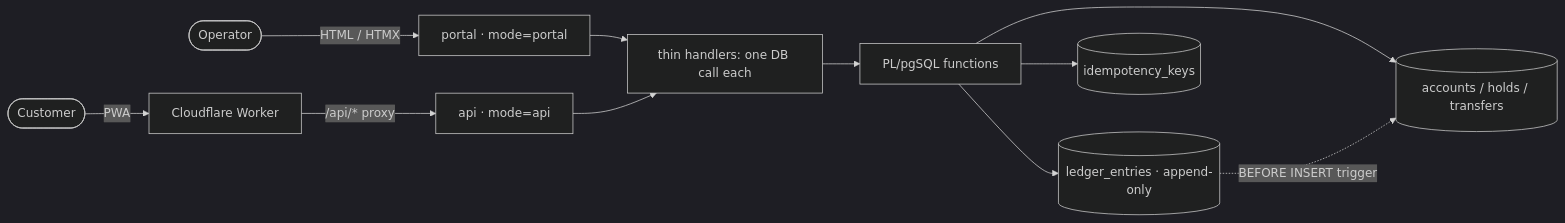
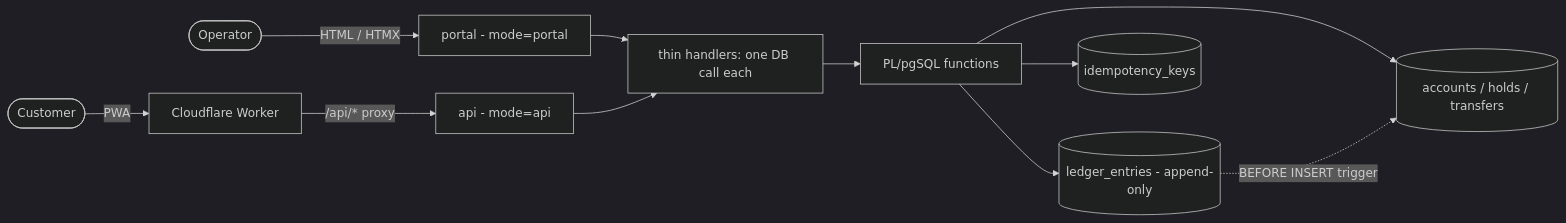
One commit to minhtt159/bank0 changed the first of 2 diagrams in docs/01-overview.md. Above: the diagram before and after it, drawn with Mermaid (dark theme). The commit also changed other lines of this file and 33 other files, not shown here.

````diff
--- a/docs/01-overview.md
+++ b/docs/01-overview.md
@@ -59,13 +78,13 @@
 ```mermaid
 graph LR
-    Op([Operator]) -->|HTML / HTMX| Portal[portal · mode=portal]
+    Op([Operator]) -->|HTML / HTMX| Portal[portal - mode=portal]
     Cust([Customer]) -->|PWA| CFW[Cloudflare Worker]
-    CFW -->|/api/* proxy| API[api · mode=api]
+    CFW -->|/api/* proxy| API[api - mode=api]
     Portal --> MW[thin handlers: one DB call each]
     API --> MW
     MW --> FN[PL/pgSQL functions]
-    FN --> L[(ledger_entries · append-only)]
+    FN --> L[(ledger_entries - append-only)]
     FN --> A[(accounts / holds / transfers)]
     L -. BEFORE INSERT trigger .-> A
     FN --> IK[(idempotency_keys)]
 ```
````
